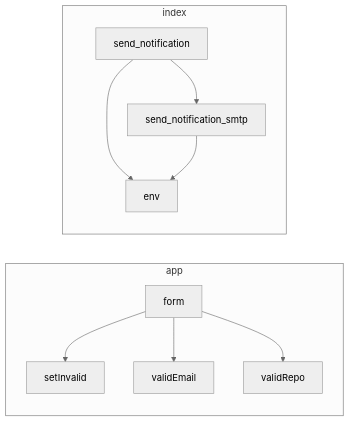
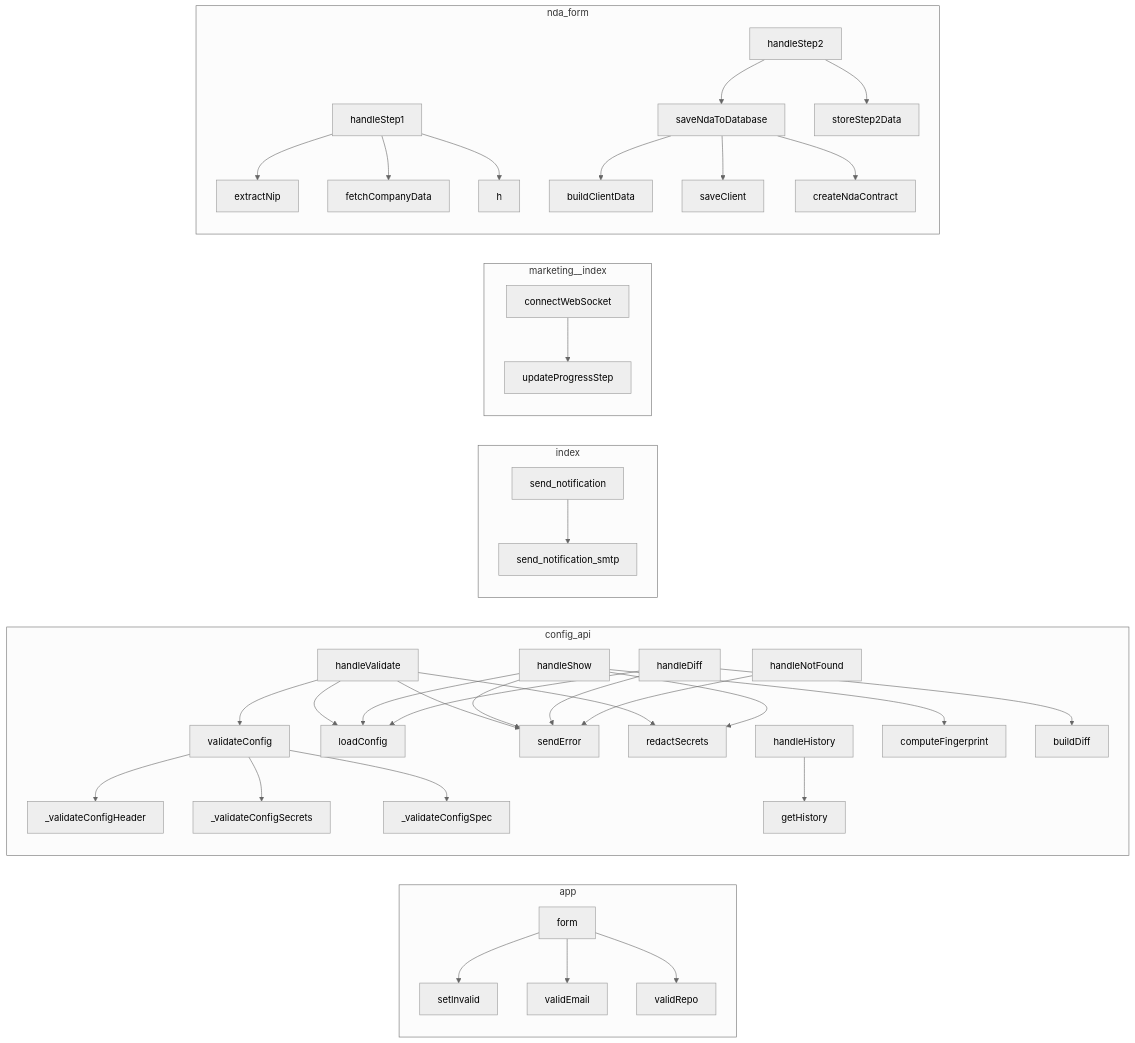
Before and after one commit to semcod/redsl: the diagram in www/project/calls.mmd, drawn with Mermaid (neutral theme). The commit also changed 56 other files, not shown here.

```diff
--- a/www/project/calls.mmd
+++ b/www/project/calls.mmd
@@ -1,18 +1,73 @@
 flowchart LR
     subgraph app
+        app__form["form"]
         app__setInvalid["setInvalid"]
-        app__form["form"]
+        app__validRepo["validRepo"]
         app__validEmail["validEmail"]
-        app__validRepo["validRepo"]
+    end
+    subgraph config_api
+        config_api__handleNotFound["handleNotFound"]
+        config_api___validateConfigHeader["_validateConfigHeader"]
+        config_api__buildDiff["buildDiff"]
+        config_api__loadConfig["loadConfig"]
+        config_api__handleShow["handleShow"]
+        config_api__sendError["sendError"]
+        config_api__computeFingerprint["computeFingerprint"]
+        config_api__handleValidate["handleValidate"]
+        config_api__handleHistory["handleHistory"]
+        config_api___validateConfigSecrets["_validateConfigSecrets"]
+        config_api__getHistory["getHistory"]
+        config_api___validateConfigSpec["_validateConfigSpec"]
+        config_api__handleDiff["handleDiff"]
+        config_api__redactSecrets["redactSecrets"]
+        config_api__validateConfig["validateConfig"]
     end
     subgraph index
+        index__send_notification_smtp["send_notification_smtp"]
         index__send_notification["send_notification"]
-        index__send_notification_smtp["send_notification_smtp"]
-        index__env["env"]
     end
+    subgraph marketing__index
+        marketing__index__connectWebSocket["connectWebSocket"]
+        marketing__index__updateProgressStep["updateProgressStep"]
+    end
+    subgraph nda_form
+        nda_form__extractNip["extractNip"]
+        nda_form__buildClientData["buildClientData"]
+        nda_form__storeStep2Data["storeStep2Data"]
+        nda_form__h["h"]
+        nda_form__fetchCompanyData["fetchCompanyData"]
+        nda_form__handleStep1["handleStep1"]
+        nda_form__createNdaContract["createNdaContract"]
+        nda_form__saveNdaToDatabase["saveNdaToDatabase"]
+        nda_form__saveClient["saveClient"]
+        nda_form__handleStep2["handleStep2"]
+    end
+    config_api__validateConfig --> config_api___validateConfigHeader
+    config_api__validateConfig --> config_api___validateConfigSecrets
+    config_api__validateConfig --> config_api___validateConfigSpec
+    config_api__handleValidate --> config_api__loadConfig
+    config_api__handleValidate --> config_api__sendError
+    config_api__handleValidate --> config_api__validateConfig
+    config_api__handleValidate --> config_api__redactSecrets
+    config_api__handleHistory --> config_api__getHistory
+    config_api__handleShow --> config_api__loadConfig
+    config_api__handleShow --> config_api__sendError
+    config_api__handleShow --> config_api__redactSecrets
+    config_api__handleShow --> config_api__computeFingerprint
+    config_api__handleDiff --> config_api__loadConfig
+    config_api__handleDiff --> config_api__sendError
+    config_api__handleDiff --> config_api__buildDiff
+    config_api__handleNotFound --> config_api__sendError
+    nda_form__handleStep1 --> nda_form__extractNip
+    nda_form__handleStep1 --> nda_form__fetchCompanyData
+    nda_form__handleStep1 --> nda_form__h
+    nda_form__saveNdaToDatabase --> nda_form__buildClientData
+    nda_form__saveNdaToDatabase --> nda_form__saveClient
+    nda_form__saveNdaToDatabase --> nda_form__createNdaContract
+    nda_form__handleStep2 --> nda_form__storeStep2Data
+    nda_form__handleStep2 --> nda_form__saveNdaToDatabase
+    marketing__index__connectWebSocket --> marketing__index__updateProgressStep
+    index__send_notification --> index__send_notification_smtp
     app__form --> app__setInvalid
     app__form --> app__validEmail
     app__form --> app__validRepo
-    index__send_notification --> index__env
-    index__send_notification --> index__send_notification_smtp
-    index__send_notification_smtp --> index__env
```
